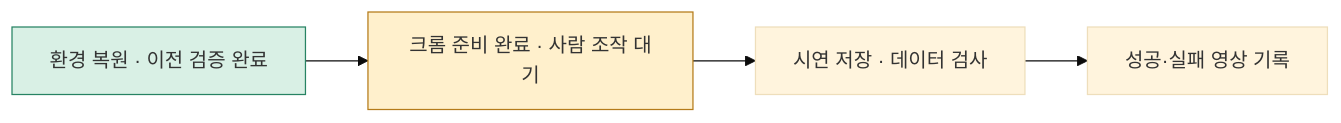
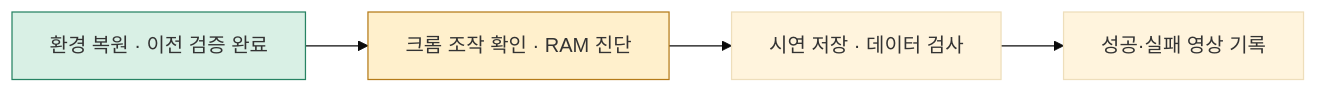
One commit to leonyoon-3dai/PhyRC_2027_phase1 changed the diagram in README.ko.md. Above: the diagram before and after it, drawn with Mermaid (base theme). The commit also changed other lines of this file and 8 other files, not shown here.

````diff
--- a/README.ko.md
+++ b/README.ko.md
@@ -19,8 +21,8 @@
 ```mermaid
 flowchart LR
-    A[환경 복원 · 이전 검증 완료] --> B[크롬 준비 완료 · 사람 조작 대기]
+    A[환경 복원 · 이전 검증 완료] --> B[크롬 조작 확인 · RAM 진단]
     B --> C[시연 저장 · 데이터 검사]
     C --> D[성공·실패 영상 기록]
     style A fill:#d9f0e5,stroke:#278363
     style B fill:#fff0cc,stroke:#b57b19
 ```
````
